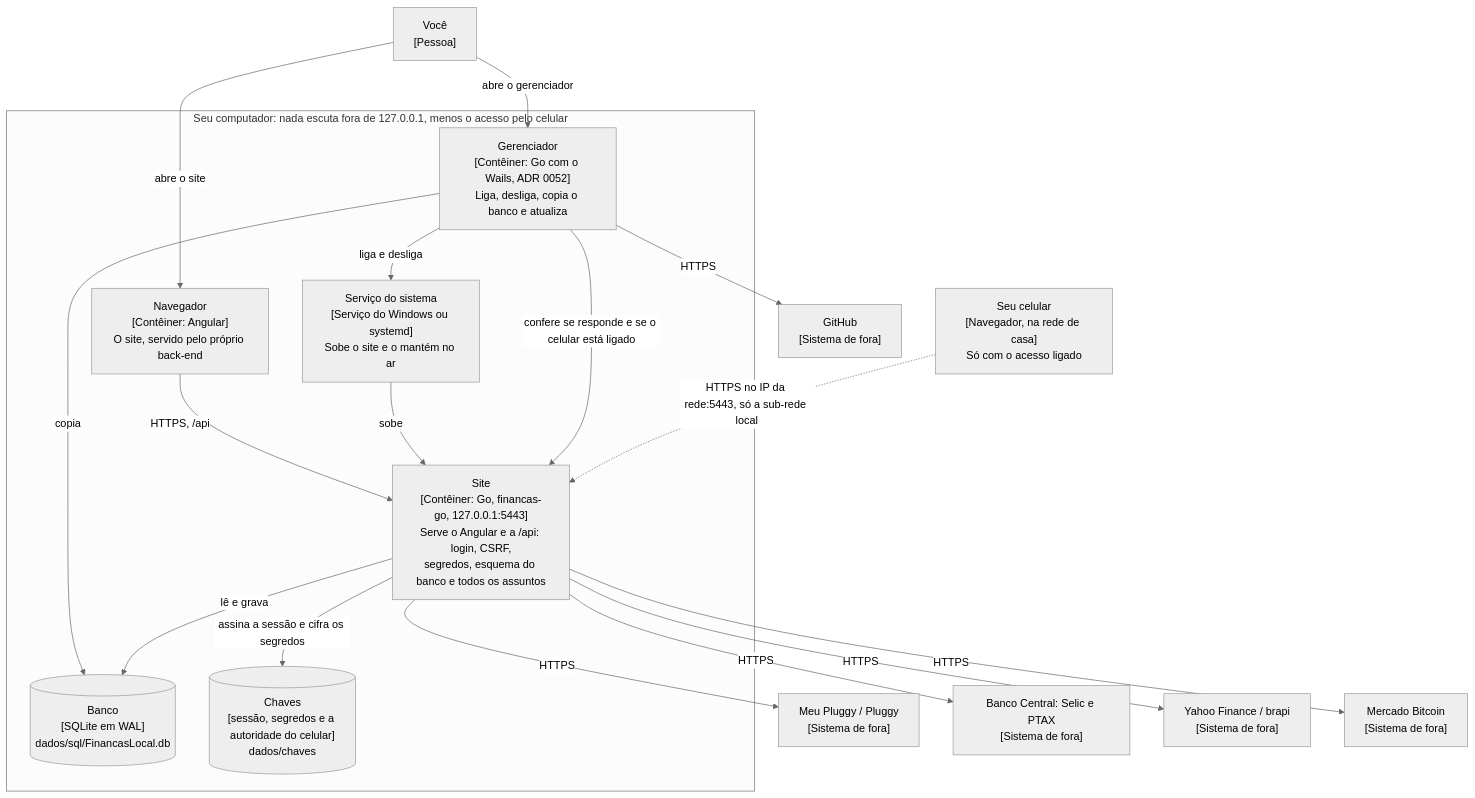
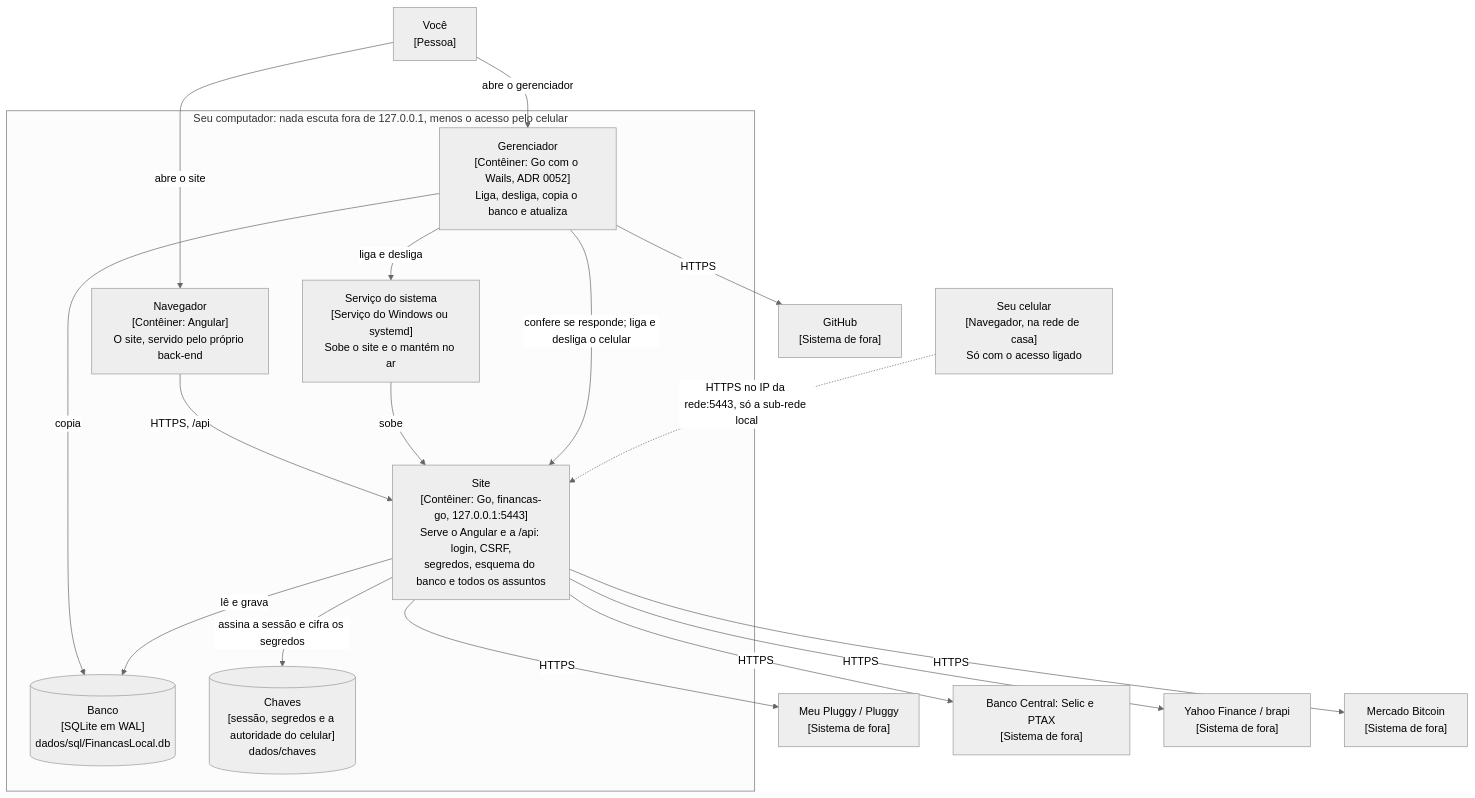
The second of 6 diagrams in docs/ARQUITETURA.md (LucasDesenvGit/financas-local), drawn with Mermaid (neutral theme) before and after one commit. The commit also changed 28 other files, not shown here.

First line of the commit message:
feat(scripts): gerenciador liga e desliga o acesso pelo celular direto (#684)

````diff
--- a/docs/ARQUITETURA.md
+++ b/docs/ARQUITETURA.md
@@ -35,37 +35,37 @@
 ```mermaid
 flowchart TB
     pessoa["Você<br/>[Pessoa]"]
 
     subgraph computador["Seu computador: nada escuta fora de 127.0.0.1, menos o acesso pelo celular"]
         navegador["Navegador<br/>[Contêiner: Angular]<br/>O site, servido pelo próprio back-end"]
         servico["Serviço do sistema<br/>[Serviço do Windows ou systemd]<br/>Sobe o site e o mantém no ar"]
         gerenciador["Gerenciador<br/>[Contêiner: Go com o Wails, ADR 0052]<br/>Liga, desliga, copia o banco e atualiza"]
         site["Site<br/>[Contêiner: Go, financas-go, 127.0.0.1:5443]<br/>Serve o Angular e a /api: login, CSRF,<br/>segredos, esquema do banco e todos os assuntos"]
         banco[("Banco<br/>[SQLite em WAL]<br/>dados/sql/FinancasLocal.db")]
         chaves[("Chaves<br/>[sessão, segredos e a autoridade do celular]<br/>dados/chaves")]
     end
 
     celular["Seu celular<br/>[Navegador, na rede de casa]<br/>Só com o acesso ligado"]
 
     pluggy["Meu Pluggy / Pluggy<br/>[Sistema de fora]"]
     bcb["Banco Central: Selic e PTAX<br/>[Sistema de fora]"]
     cotacoes["Yahoo Finance / brapi<br/>[Sistema de fora]"]
     mercado["Mercado Bitcoin<br/>[Sistema de fora]"]
     github["GitHub<br/>[Sistema de fora]"]
 
     pessoa -- "abre o site" --> navegador
     pessoa -- "abre o gerenciador" --> gerenciador
     navegador -- "HTTPS, /api" --> site
     servico -- "sobe" --> site
     gerenciador -- "liga e desliga" --> servico
-    gerenciador -- "confere se responde e se o celular está ligado" --> site
+    gerenciador -- "confere se responde; liga e desliga o celular" --> site
     gerenciador -- "copia" --> banco
     site -- "lê e grava" --> banco
     site -- "assina a sessão e cifra os segredos" --> chaves
     site -- "HTTPS" --> pluggy
     site -- "HTTPS" --> bcb
     site -- "HTTPS" --> cotacoes
     site -- "HTTPS" --> mercado
     gerenciador -- "HTTPS" --> github
     celular -.->|"HTTPS no IP da rede:5443, só a sub-rede local"| site
 ```
````
